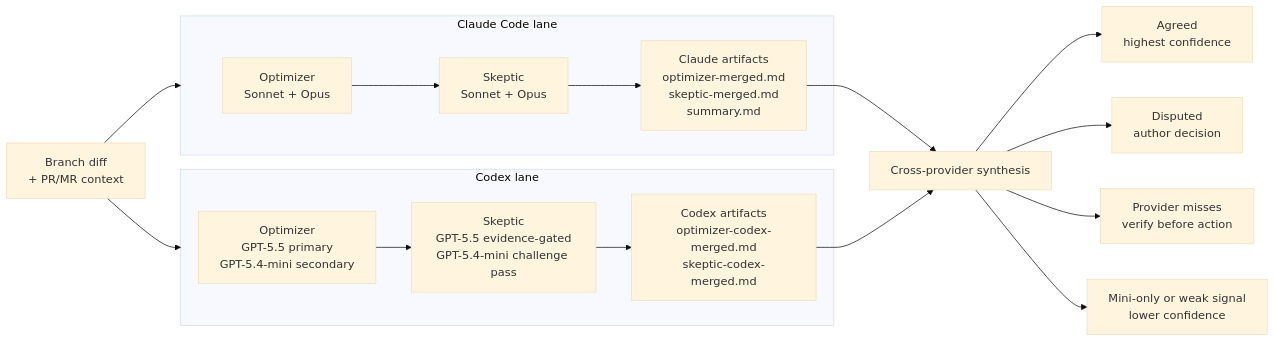
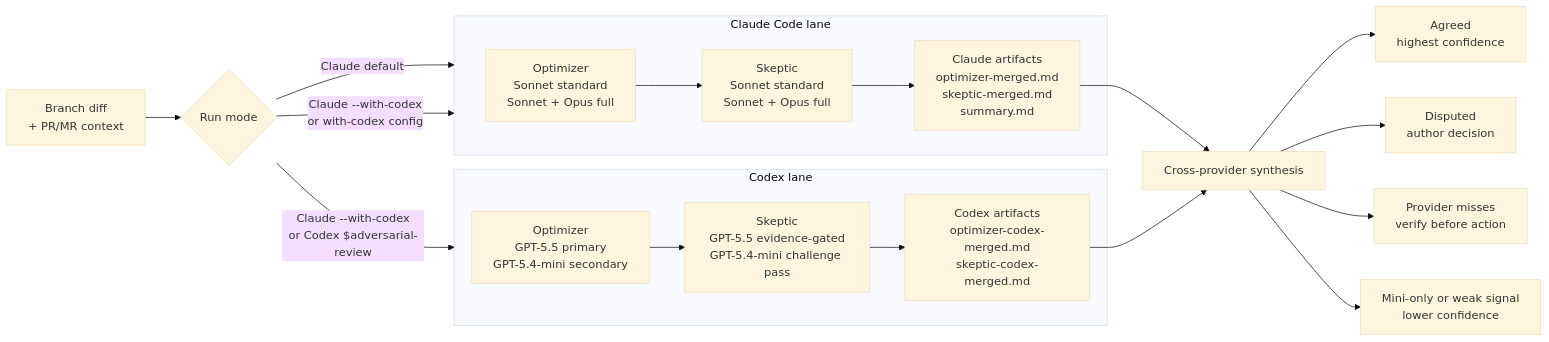
Before and after one commit to ng/adversarial-review: the second of 3 diagrams in README.md, drawn with Mermaid (base theme). The commit also changed other lines of this file and 1 other file, not shown here.

````diff
--- a/README.md
+++ b/README.md
@@ -205,26 +224,28 @@
 ```mermaid
 flowchart LR
-    Diff["Branch diff<br/>+ PR/MR context"] --> ClaudeLane
-    Diff --> CodexLane
+    Diff["Branch diff<br/>+ PR/MR context"] --> Mode{"Run mode"}
+    Mode -->|"Claude default"| ClaudeLane
+    Mode -->|"Claude --with-codex<br/>or with-codex config"| ClaudeLane
+    Mode -->|"Claude --with-codex<br/>or Codex $adversarial-review"| CodexLane
 
     subgraph ClaudeLane["Claude Code lane"]
-        COpt["Optimizer<br/>Sonnet + Opus"]
-        CSkp["Skeptic<br/>Sonnet + Opus"]
+        COpt["Optimizer<br/>Sonnet standard<br/>Sonnet + Opus full"]
+        CSkp["Skeptic<br/>Sonnet standard<br/>Sonnet + Opus full"]
         CArt["Claude artifacts<br/>optimizer-merged.md<br/>skeptic-merged.md<br/>summary.md"]
         COpt --> CSkp --> CArt
     end
 
     subgraph CodexLane["Codex lane"]
         XOpt["Optimizer<br/>GPT-5.5 primary<br/>GPT-5.4-mini secondary"]
         XSkp["Skeptic<br/>GPT-5.5 evidence-gated<br/>GPT-5.4-mini challenge pass"]
         XArt["Codex artifacts<br/>optimizer-codex-merged.md<br/>skeptic-codex-merged.md"]
         XOpt --> XSkp --> XArt
     end
 
     CArt --> Cross["Cross-provider synthesis"]
     XArt --> Cross
     Cross --> Agree["Agreed<br/>highest confidence"]
     Cross --> Dispute["Disputed<br/>author decision"]
     Cross --> Missed["Provider misses<br/>verify before action"]
     Cross --> Lower["Mini-only or weak signal<br/>lower confidence"]
 ```
````
